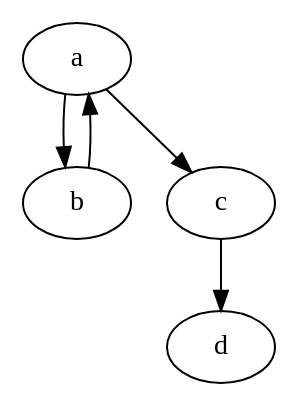
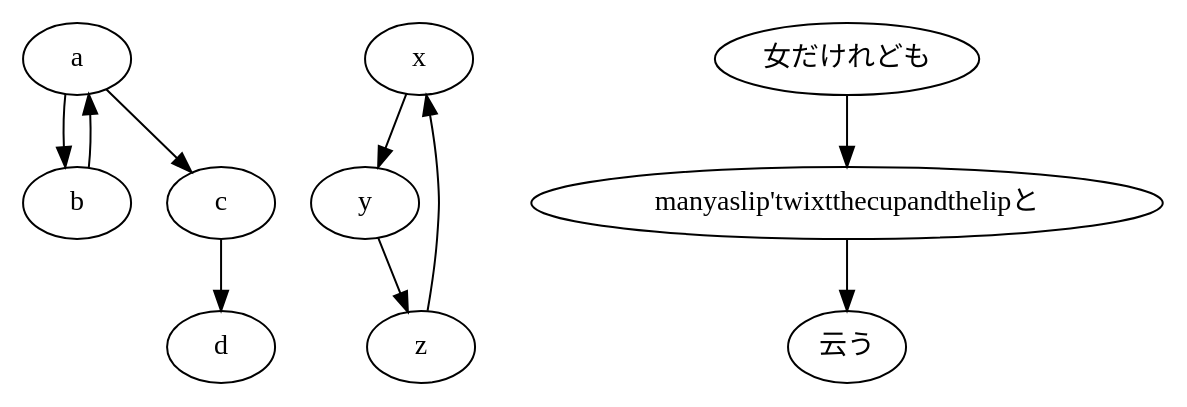
One commit to okada1220/100knock changed the diagram in 100knock_chapter5/tree.dot. Above: the diagram before and after it, drawn with Graphviz. The commit also changed 5 other files, not shown here.

```diff
--- a/100knock_chapter5/tree.dot
+++ b/100knock_chapter5/tree.dot
@@ -1,6 +1,18 @@
 digraph {
+node [fontname = "MS Gothic"];
+subgraph{
  a -> b
  a -> c
  b -> a
  c -> d
+ }
+subgraph{
+ x -> y
+ y -> z
+ z -> x
+ }
+subgraph{
+ "女だけれども" -> "manyaslip'twixtthecupandthelipと"
+ "manyaslip'twixtthecupandthelipと" -> "云う"
 }
+}
```
